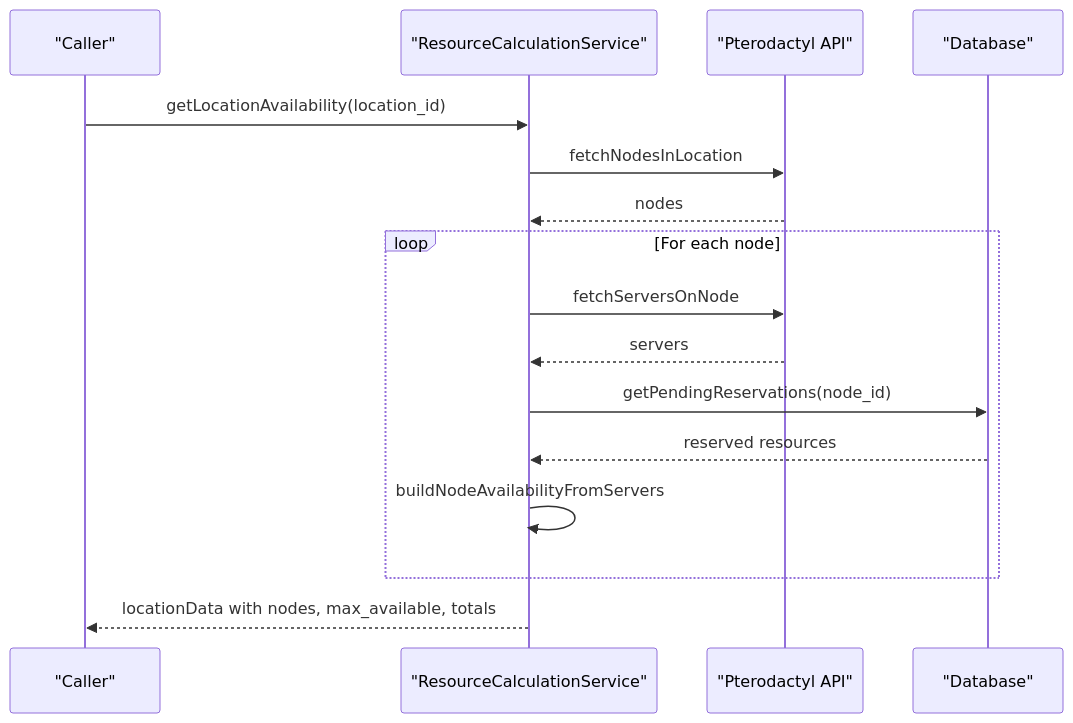
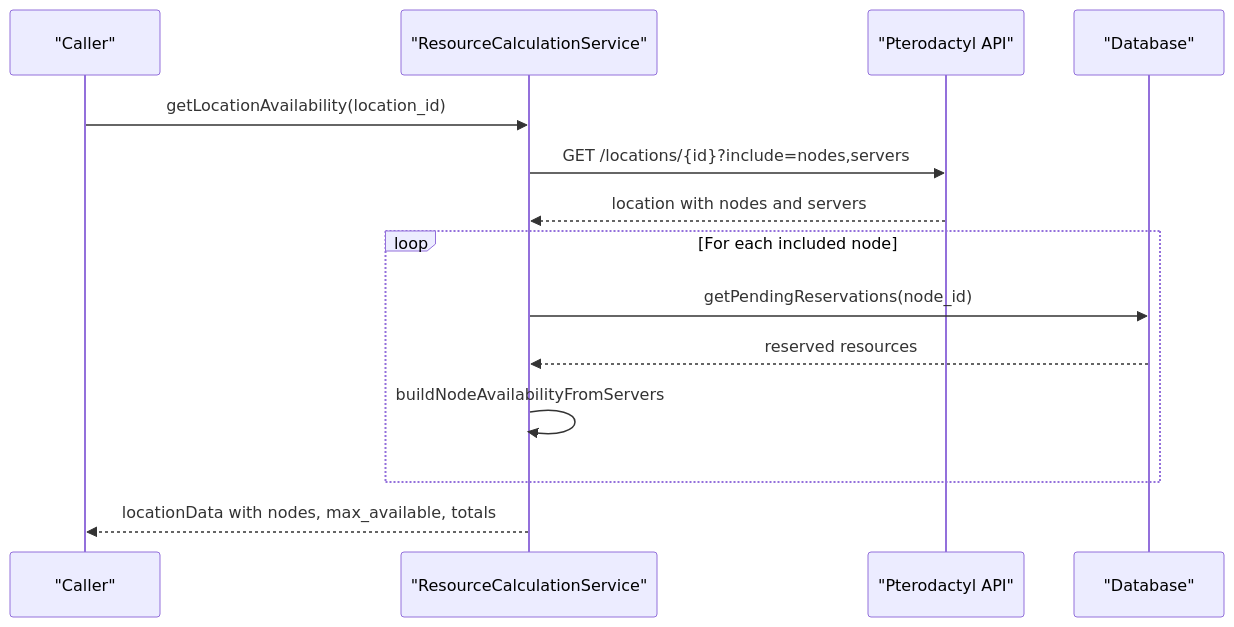
Before and after one commit to ObsidianNetwork/dynamic-pterodactyl: the fifth of 10 diagrams in .qoder/repowiki/en/content/Architecture Overview/Service Layer Design/Reservation Service.md, drawn with Mermaid. The commit also changed other lines of this file and 23 other files, not shown here.

````diff
--- a/.qoder/repowiki/en/content/Architecture Overview/Service Layer Design/Reservation Service.md
+++ b/.qoder/repowiki/en/content/Architecture Overview/Service Layer Design/Reservation Service.md
@@ -263,18 +263,16 @@
 ```mermaid
 sequenceDiagram
 participant Caller as "Caller"
 participant ResSvc as "ResourceCalculationService"
 participant Ptero as "Pterodactyl API"
 participant DB as "Database"
 Caller->>ResSvc : getLocationAvailability(location_id)
-ResSvc->>Ptero : fetchNodesInLocation
-Ptero-->>ResSvc : nodes
-loop For each node
-ResSvc->>Ptero : fetchServersOnNode
-Ptero-->>ResSvc : servers
+ResSvc->>Ptero : GET /locations/{id}?include=nodes,servers
+Ptero-->>ResSvc : location with nodes and servers
+loop For each included node
 ResSvc->>DB : getPendingReservations(node_id)
 DB-->>ResSvc : reserved resources
 ResSvc->>ResSvc : buildNodeAvailabilityFromServers
 end
 ResSvc-->>Caller : locationData with nodes, max_available, totals
 ```
````
